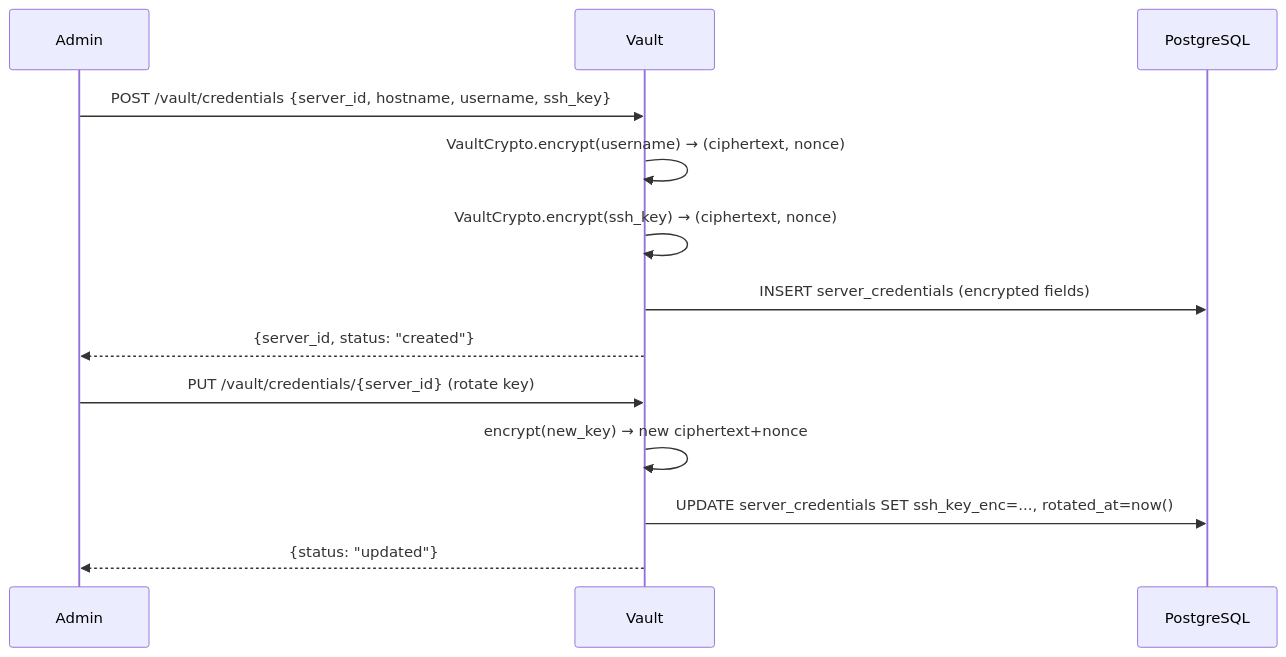
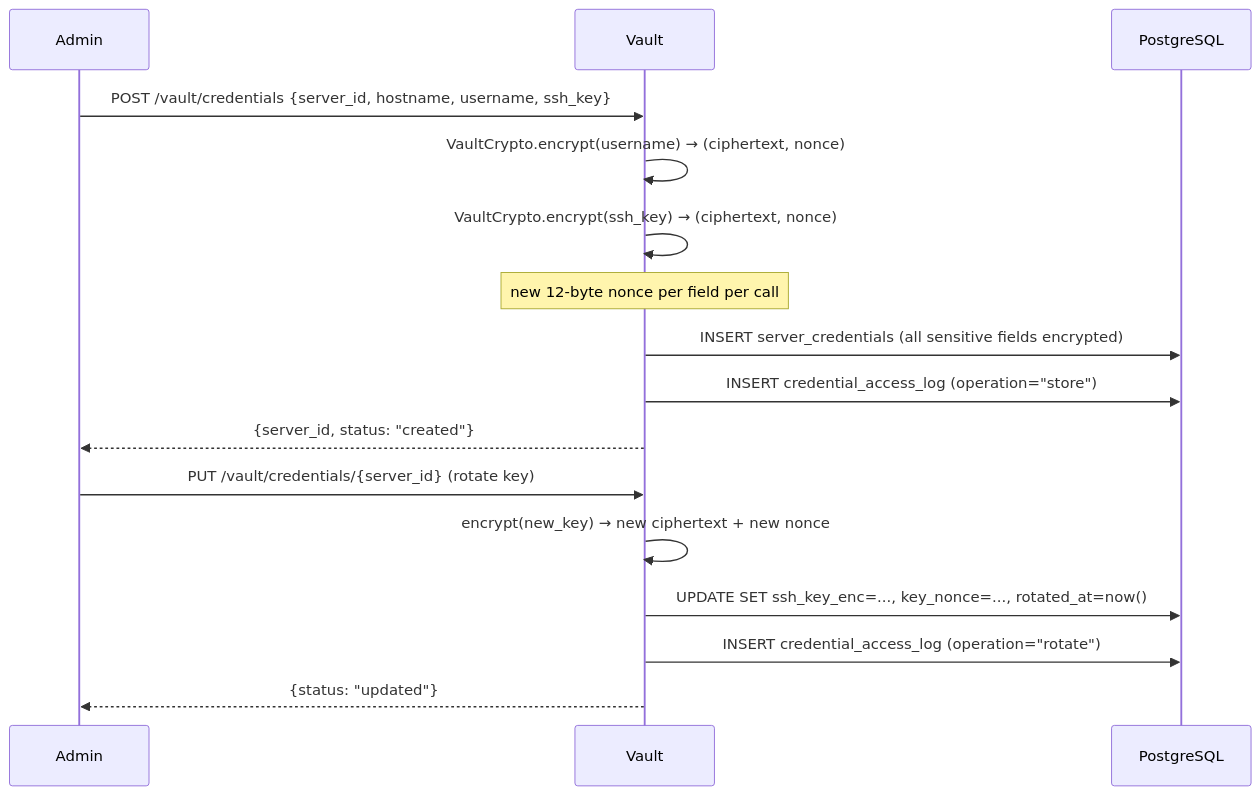
The first of 4 diagrams in services/ssh-vault/README.md (MT121201/SentinelMAS), drawn with Mermaid before and after one commit. The commit also changed other lines of this file and 2 other files, not shown here.

First line of the commit message:
docs: two-tier READMEs for ssh-vault, api-gateway, shared (Phase 1-2 retroactive)

````diff
--- a/services/ssh-vault/README.md
+++ b/services/ssh-vault/README.md
@@ -22,17 +60,20 @@
 ```mermaid
 sequenceDiagram
     participant Admin
     participant Vault
     participant DB as PostgreSQL
 
     Admin->>Vault: POST /vault/credentials {server_id, hostname, username, ssh_key}
     Vault->>Vault: VaultCrypto.encrypt(username) → (ciphertext, nonce)
     Vault->>Vault: VaultCrypto.encrypt(ssh_key)  → (ciphertext, nonce)
-    Vault->>DB: INSERT server_credentials (encrypted fields)
+    Note over Vault: new 12-byte nonce per field per call
+    Vault->>DB: INSERT server_credentials (all sensitive fields encrypted)
+    Vault->>DB: INSERT credential_access_log (operation="store")
     Vault-->>Admin: {server_id, status: "created"}
 
     Admin->>Vault: PUT /vault/credentials/{server_id} (rotate key)
-    Vault->>Vault: encrypt(new_key) → new ciphertext+nonce
-    Vault->>DB: UPDATE server_credentials SET ssh_key_enc=..., rotated_at=now()
+    Vault->>Vault: encrypt(new_key) → new ciphertext + new nonce
+    Vault->>DB: UPDATE SET ssh_key_enc=..., key_nonce=..., rotated_at=now()
+    Vault->>DB: INSERT credential_access_log (operation="rotate")
     Vault-->>Admin: {status: "updated"}
 ```
````
